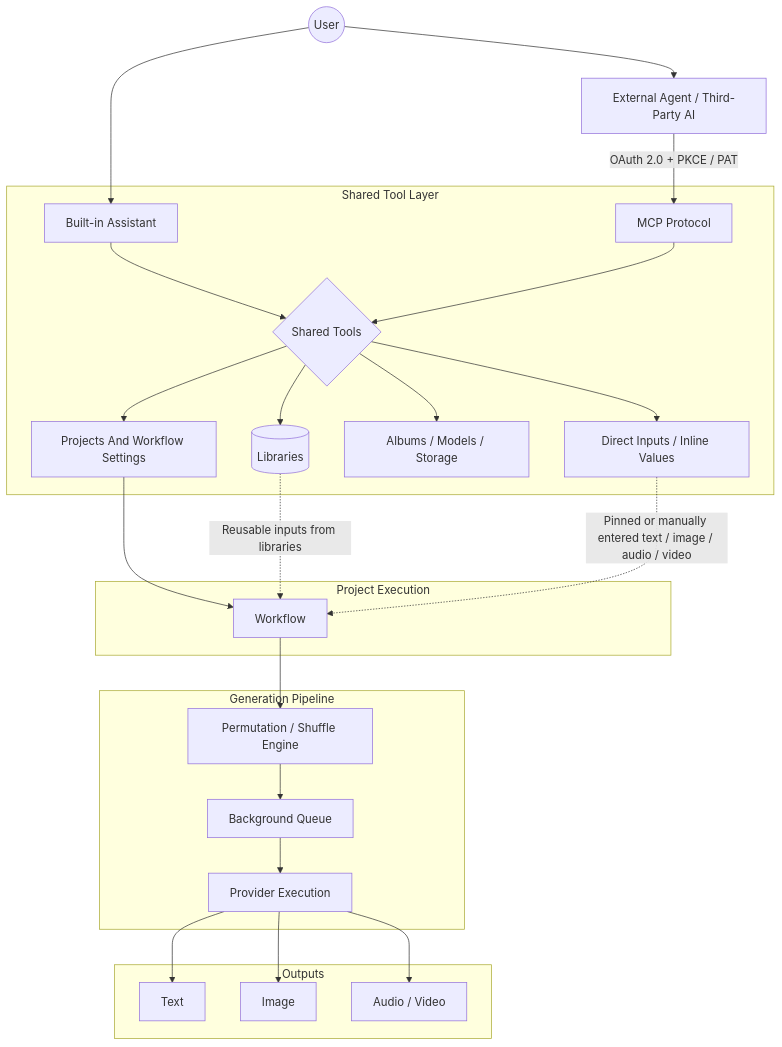
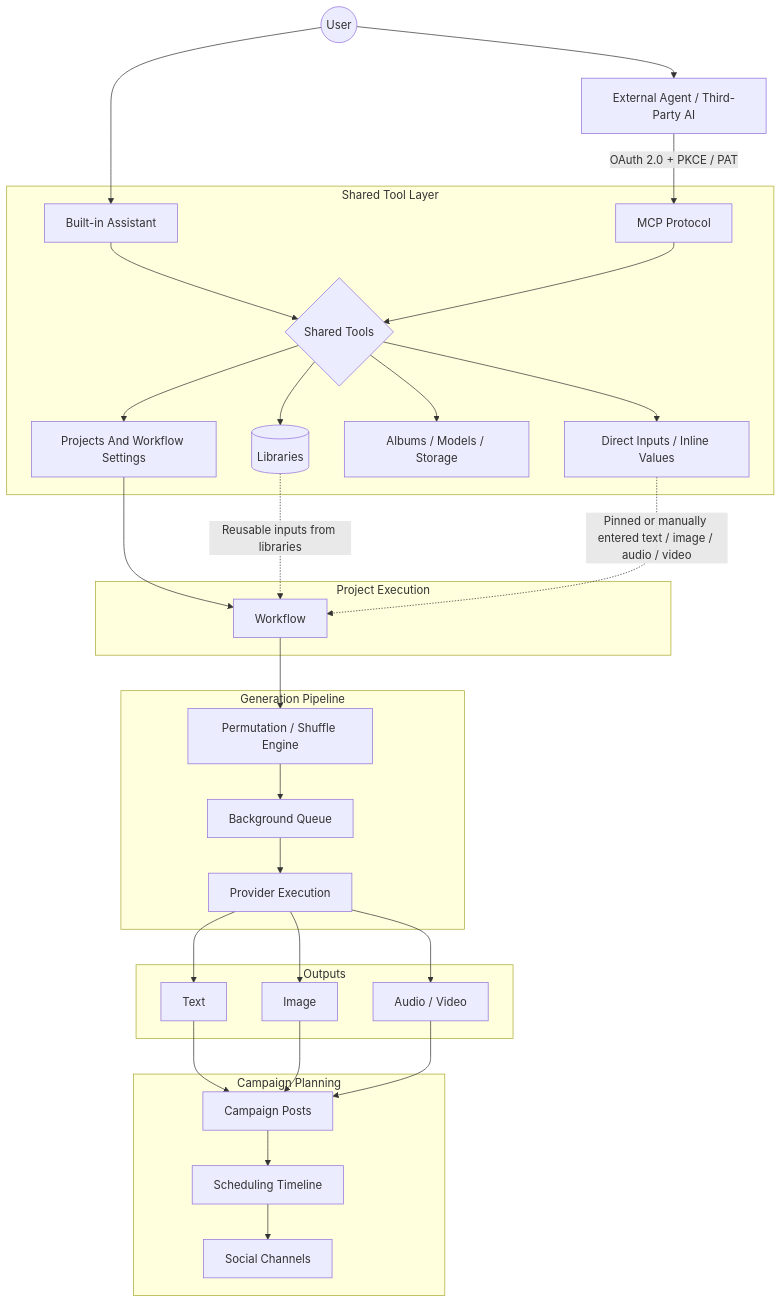
Before and after one commit to ShinChven/remix-studio: the diagram in README.md, drawn with Mermaid. The commit also changed other lines of this file and 1 other file, not shown here.

Commit message:
feat: add social campaign management, X integration, and automated batch scheduling workflows

````diff
--- a/README.md
+++ b/README.md
@@ -52,36 +54,44 @@
 ```mermaid
 flowchart TD
     U((User))
 
     U --> A[Built-in Assistant]
     U --> X[External Agent / Third-Party AI]
     X -->|OAuth 2.0 + PKCE / PAT| M[MCP Protocol]
 
     subgraph ToolsLayer [Shared Tool Layer]
         A --> T{Shared Tools}
         M --> T
 
         T --> L[(Libraries)]
         T --> P[Projects And Workflow Settings]
         T --> R[Albums / Models / Storage]
         T --> D[Direct Inputs / Inline Values]
     end
 
     subgraph ProjectFlow [Project Execution]
         P --> W[Workflow]
         L -.->|Reusable inputs from libraries| W
         D -.->|Pinned or manually entered text / image / audio / video| W
     end
 
     subgraph Execution [Generation Pipeline]
         W --> C[Permutation / Shuffle Engine]
         C --> B[Background Queue]
         B --> E[Provider Execution]
     end
 
     subgraph Outputs [Outputs]
         E --> TXT[Text]
         E --> IMG[Image]
         E --> MED[Audio / Video]
     end
+
+    subgraph Campaigns [Campaign Planning]
+        TXT --> CPOST[Campaign Posts]
+        IMG --> CPOST
+        MED --> CPOST
+        CPOST --> SCH[Scheduling Timeline]
+        SCH --> SOC[Social Channels]
+    end
 ```
````
